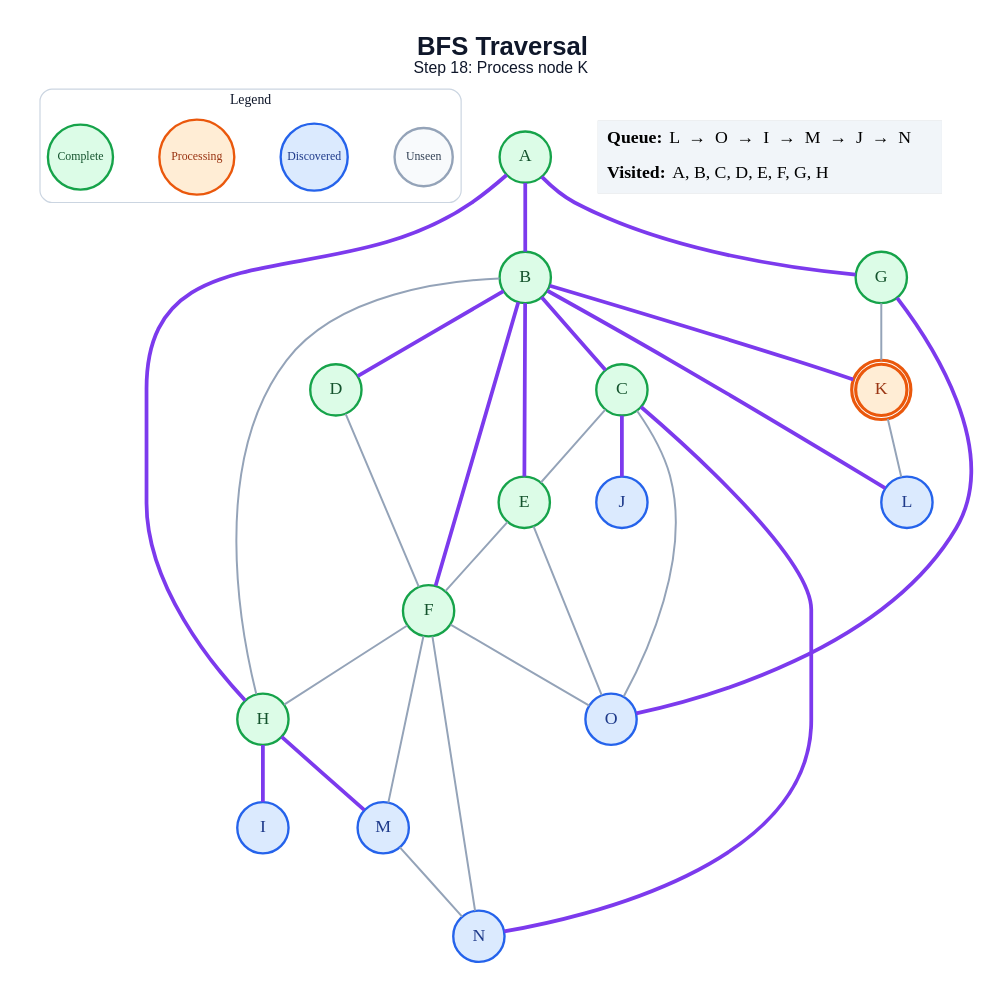
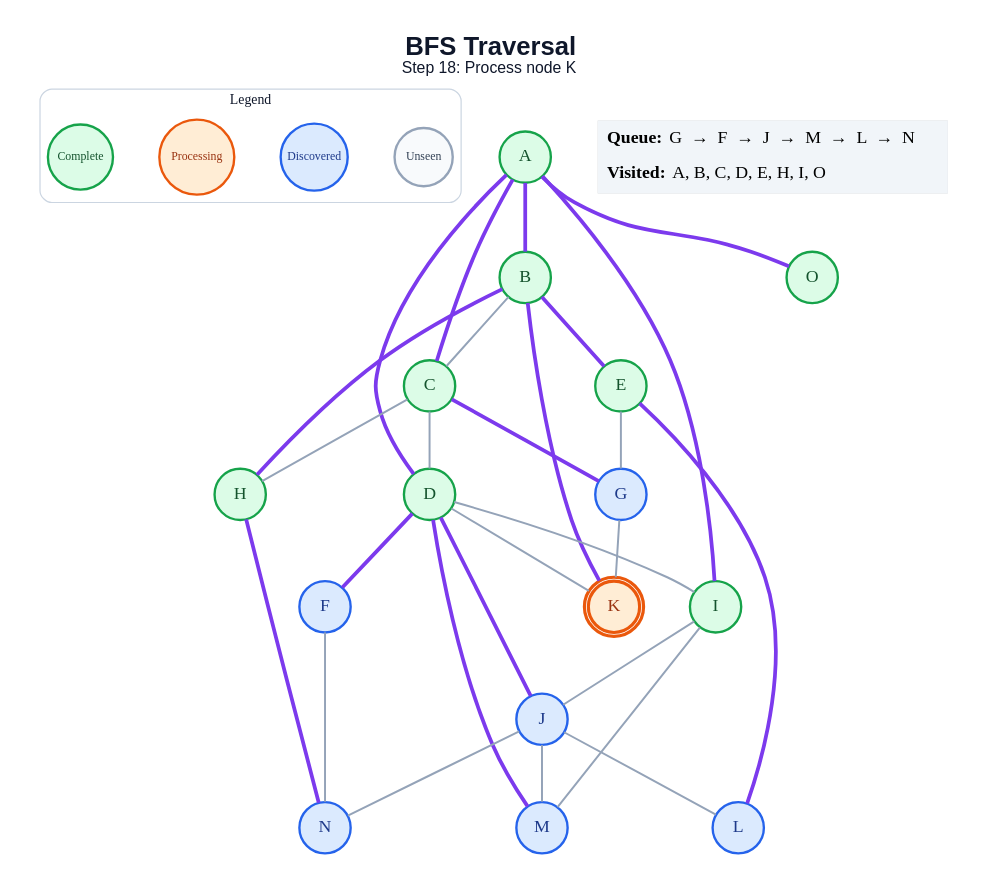
Before and after one commit to anon7238593-create/ai-slop: the diagram in generated/bfs/step_18.dot, drawn with Graphviz. The commit also changed 217 other files, not shown here.

```diff
--- a/generated/bfs/step_18.dot
+++ b/generated/bfs/step_18.dot
@@ -1,61 +1,61 @@
 graph traversal {
   graph [layout=dot, rankdir=TB, bgcolor="#FFFFFF", pad="0.35", nodesep="0.65", ranksep="0.8", fontname="Arial"];
   node [shape=circle, style="filled", fontname="Arial Bold", fontsize=18, width=0.72, fixedsize=true, penwidth=2.4];
   edge [color="#94A3B8", penwidth=2.0];
   label=<<B>BFS Traversal</B><BR/><FONT POINT-SIZE="16">Step 18: Process node K</FONT>>; labelloc="t"; fontsize=26; fontname="Arial"; fontcolor="#0F172A";
   subgraph cluster_legend { label="Legend"; color="#CBD5E1"; penwidth=1.2; style="rounded"; fontsize=14; fontname="Arial Bold";
     key_unseen [label="Unseen", fillcolor="#F8FAFC", color="#94A3B8", fontcolor="#334155", fontsize=12, width=0.82];
     key_frontier [label="Discovered", fillcolor="#DBEAFE", color="#2563EB", fontcolor="#1E3A8A", fontsize=12, width=0.95];
     key_current [label="Processing", fillcolor="#FFEDD5", color="#EA580C", fontcolor="#9A3412", fontsize=12, width=1.05];
     key_done [label="Complete", fillcolor="#DCFCE7", color="#16A34A", fontcolor="#14532D", fontsize=12, width=0.92];
     { rank=same; key_unseen; key_frontier; key_current; key_done; }
   }
   A [label="A", fillcolor="#DCFCE7", color="#16A34A", fontcolor="#14532D", peripheries=1, penwidth=2.4];
   B [label="B", fillcolor="#DCFCE7", color="#16A34A", fontcolor="#14532D", peripheries=1, penwidth=2.4];
   C [label="C", fillcolor="#DCFCE7", color="#16A34A", fontcolor="#14532D", peripheries=1, penwidth=2.4];
   D [label="D", fillcolor="#DCFCE7", color="#16A34A", fontcolor="#14532D", peripheries=1, penwidth=2.4];
   E [label="E", fillcolor="#DCFCE7", color="#16A34A", fontcolor="#14532D", peripheries=1, penwidth=2.4];
-  F [label="F", fillcolor="#DCFCE7", color="#16A34A", fontcolor="#14532D", peripheries=1, penwidth=2.4];
-  G [label="G", fillcolor="#DCFCE7", color="#16A34A", fontcolor="#14532D", peripheries=1, penwidth=2.4];
+  F [label="F", fillcolor="#DBEAFE", color="#2563EB", fontcolor="#1E3A8A", peripheries=1, penwidth=2.4];
+  G [label="G", fillcolor="#DBEAFE", color="#2563EB", fontcolor="#1E3A8A", peripheries=1, penwidth=2.4];
   H [label="H", fillcolor="#DCFCE7", color="#16A34A", fontcolor="#14532D", peripheries=1, penwidth=2.4];
-  I [label="I", fillcolor="#DBEAFE", color="#2563EB", fontcolor="#1E3A8A", peripheries=1, penwidth=2.4];
+  I [label="I", fillcolor="#DCFCE7", color="#16A34A", fontcolor="#14532D", peripheries=1, penwidth=2.4];
   J [label="J", fillcolor="#DBEAFE", color="#2563EB", fontcolor="#1E3A8A", peripheries=1, penwidth=2.4];
   K [label="K", fillcolor="#FFEDD5", color="#EA580C", fontcolor="#9A3412", peripheries=2, penwidth=3.2];
   L [label="L", fillcolor="#DBEAFE", color="#2563EB", fontcolor="#1E3A8A", peripheries=1, penwidth=2.4];
   M [label="M", fillcolor="#DBEAFE", color="#2563EB", fontcolor="#1E3A8A", peripheries=1, penwidth=2.4];
   N [label="N", fillcolor="#DBEAFE", color="#2563EB", fontcolor="#1E3A8A", peripheries=1, penwidth=2.4];
-  O [label="O", fillcolor="#DBEAFE", color="#2563EB", fontcolor="#1E3A8A", peripheries=1, penwidth=2.4];
+  O [label="O", fillcolor="#DCFCE7", color="#16A34A", fontcolor="#14532D", peripheries=1, penwidth=2.4];
   A -- B [color="#7C3AED", penwidth=3.8];
-  A -- G [color="#7C3AED", penwidth=3.8];
-  A -- H [color="#7C3AED", penwidth=3.8];
-  B -- C [color="#7C3AED", penwidth=3.8];
-  B -- D [color="#7C3AED", penwidth=3.8];
+  A -- C [color="#7C3AED", penwidth=3.8];
+  A -- D [color="#7C3AED", penwidth=3.8];
+  A -- I [color="#7C3AED", penwidth=3.8];
+  A -- O [color="#7C3AED", penwidth=3.8];
+  B -- C;
   B -- E [color="#7C3AED", penwidth=3.8];
-  B -- F [color="#7C3AED", penwidth=3.8];
-  B -- H;
+  B -- H [color="#7C3AED", penwidth=3.8];
   B -- K [color="#7C3AED", penwidth=3.8];
-  B -- L [color="#7C3AED", penwidth=3.8];
-  C -- E;
-  C -- J [color="#7C3AED", penwidth=3.8];
-  C -- N [color="#7C3AED", penwidth=3.8];
-  C -- O;
-  D -- F;
-  E -- F;
-  E -- O;
-  F -- H;
-  F -- M;
+  C -- D;
+  C -- G [color="#7C3AED", penwidth=3.8];
+  C -- H;
+  D -- F [color="#7C3AED", penwidth=3.8];
+  D -- I;
+  D -- J [color="#7C3AED", penwidth=3.8];
+  D -- K;
+  D -- M [color="#7C3AED", penwidth=3.8];
+  E -- G;
+  E -- L [color="#7C3AED", penwidth=3.8];
   F -- N;
-  F -- O;
   G -- K;
-  G -- O [color="#7C3AED", penwidth=3.8];
-  H -- I [color="#7C3AED", penwidth=3.8];
-  H -- M [color="#7C3AED", penwidth=3.8];
-  K -- L;
-  M -- N;
+  H -- N [color="#7C3AED", penwidth=3.8];
+  I -- J;
+  I -- M;
+  J -- L;
+  J -- M;
+  J -- N;
   status [shape=plain, fixedsize=false, width=0, height=0, margin=0, label=<
     <TABLE BORDER="0" CELLBORDER="0" CELLPADDING="7" BGCOLOR="#F1F5F9">
-      <TR><TD ALIGN="LEFT"><B>Queue:</B> L  →  O  →  I  →  M  →  J  →  N</TD></TR>
-      <TR><TD ALIGN="LEFT"><B>Visited:</B> A, B, C, D, E, F, G, H</TD></TR>
+      <TR><TD ALIGN="LEFT"><B>Queue:</B> G  →  F  →  J  →  M  →  L  →  N</TD></TR>
+      <TR><TD ALIGN="LEFT"><B>Visited:</B> A, B, C, D, E, H, I, O</TD></TR>
     </TABLE>
   >];
 }
```
